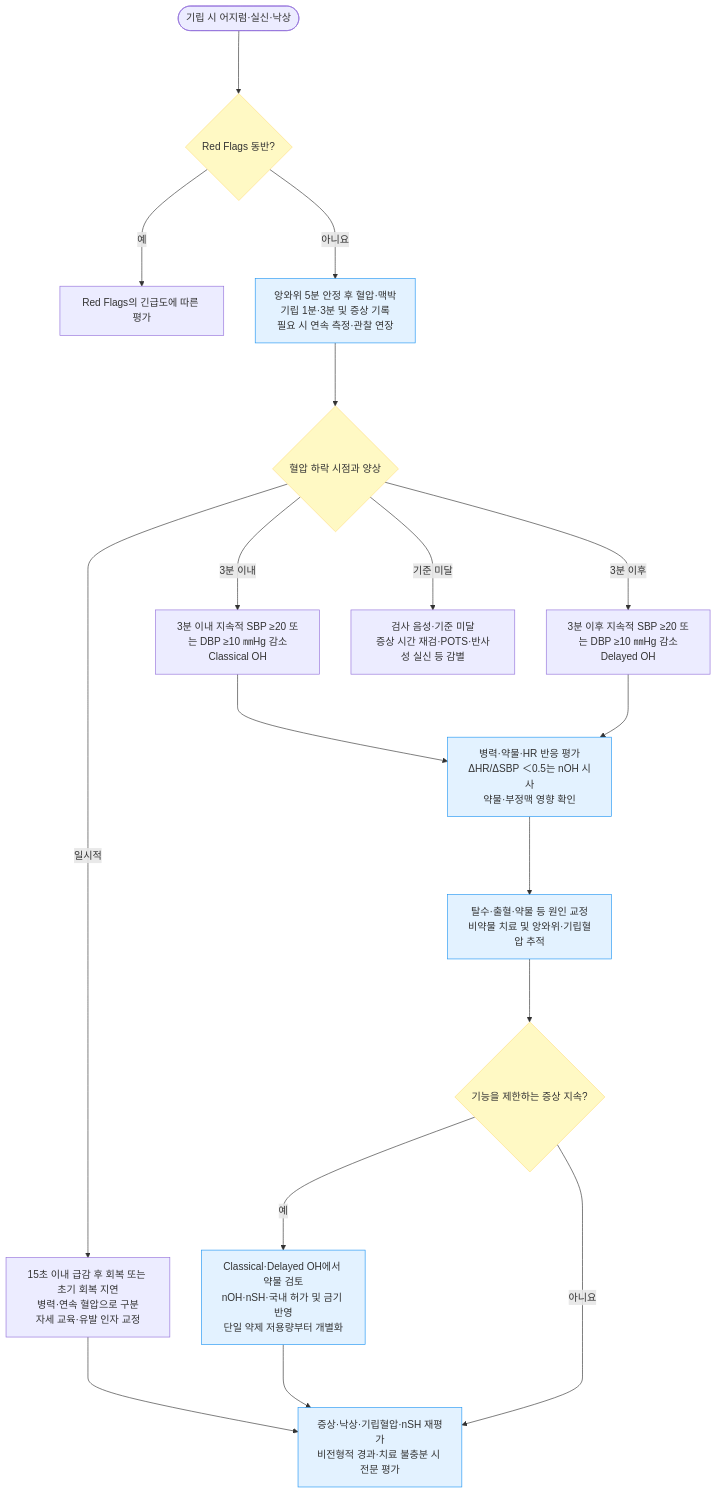
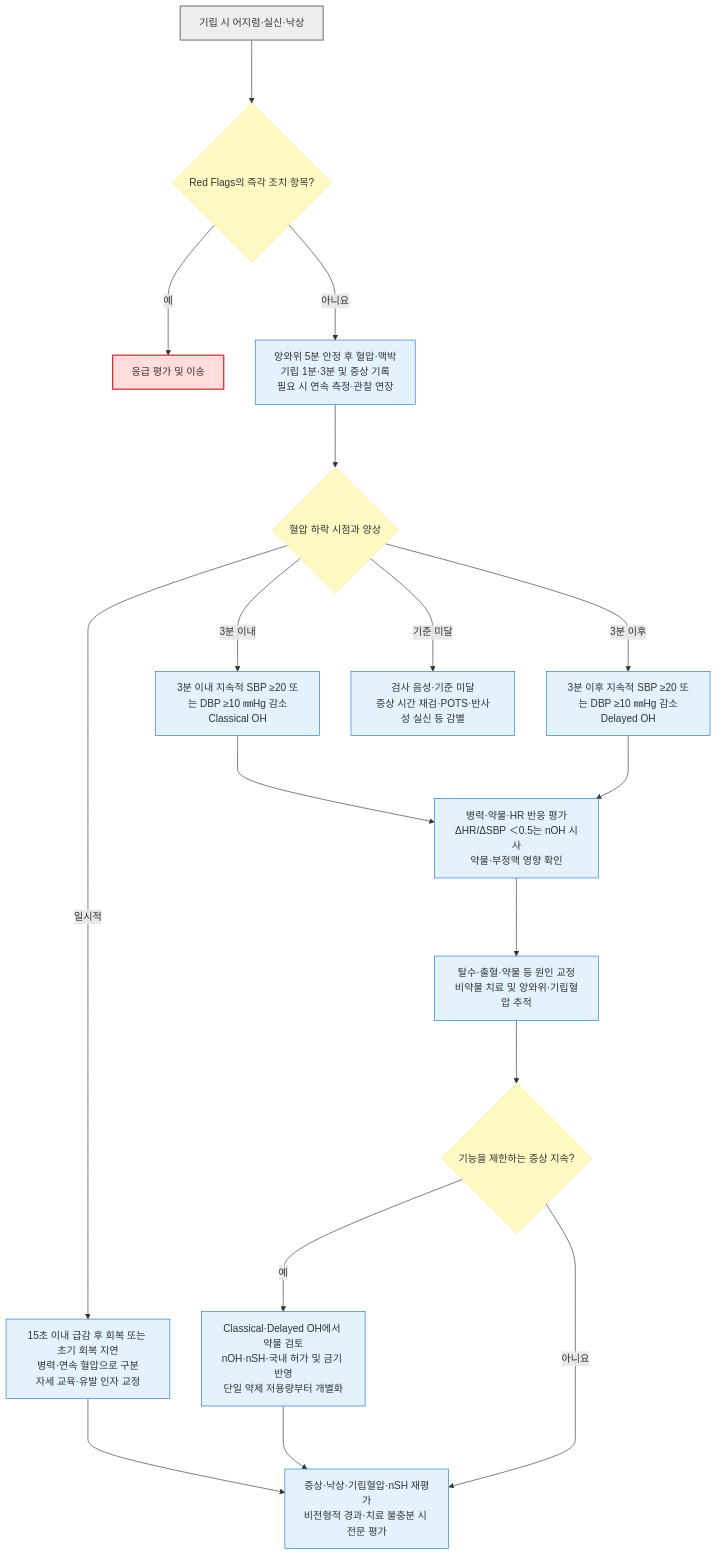
One commit to familyoh77/familyoh77 changed the diagram in 225_/096_-orthostatic-hypotension.md. Above: the diagram before and after it, drawn with Mermaid. The commit also changed other lines of this file and 5 other files, not shown here.

````diff
--- a/225_/096_-orthostatic-hypotension.md
+++ b/225_/096_-orthostatic-hypotension.md
@@ -155,31 +155,47 @@
 ```mermaid
-graph TD
-    Start([기립 시 어지럼·실신·낙상])
-    Risk{"Red Flags 동반?"}
-    Urgent["Red Flags의 긴급도에 따른 평가"]
-    BP["앙와위 5분 안정 후 혈압·맥박<br/>기립 1분·3분 및 증상 기록<br/>필요 시 연속 측정·관찰 연장"]
+flowchart TD
+    Start["기립 시 어지럼·실신·낙상"]
+    Risk{"Red Flags의 즉각 조치 항목?"}
+    Urgent["응급 평가 및 이송"]
+    BP["앙와위 5분 안정 후 혈압·맥박
+기립 1분·3분 및 증상 기록
+필요 시 연속 측정·관찰 연장"]
     Time{"혈압 하락 시점과 양상"}
-    Init["15초 이내 급감 후 회복 또는 초기 회복 지연<br/>병력·연속 혈압으로 구분<br/>자세 교육·유발 인자 교정"]
-    Classic["3분 이내 지속적 SBP ≥20 또는 DBP ≥10 ㎜Hg 감소<br/>Classical OH"]
-    Delay["3분 이후 지속적 SBP ≥20 또는 DBP ≥10 ㎜Hg 감소<br/>Delayed OH"]
-    Other["검사 음성·기준 미달<br/>증상 시간 재검·POTS·반사성 실신 등 감별"]
-    HR["병력·약물·HR 반응 평가<br/>ΔHR/ΔSBP ＜0.5는 nOH 시사<br/>약물·부정맥 영향 확인"]
-    Cause["탈수·출혈·약물 등 원인 교정<br/>비약물 치료 및 앙와위·기립혈압 추적"]
+    Init["15초 이내 급감 후 회복 또는 초기 회복 지연
+병력·연속 혈압으로 구분
+자세 교육·유발 인자 교정"]
+    Classic["3분 이내 지속적 SBP ≥20 또는 DBP ≥10 ㎜Hg 감소
+Classical OH"]
+    Delay["3분 이후 지속적 SBP ≥20 또는 DBP ≥10 ㎜Hg 감소
+Delayed OH"]
+    Other["검사 음성·기준 미달
+증상 시간 재검·POTS·반사성 실신 등 감별"]
+    HR["병력·약물·HR 반응 평가
+ΔHR/ΔSBP ＜0.5는 nOH 시사
+약물·부정맥 영향 확인"]
+    Cause["탈수·출혈·약물 등 원인 교정
+비약물 치료 및 앙와위·기립혈압 추적"]
     Persist{"기능을 제한하는 증상 지속?"}
-    Drug["Classical·Delayed OH에서 약물 검토<br/>nOH·nSH·국내 허가 및 금기 반영<br/>단일 약제 저용량부터 개별화"]
-    Follow["증상·낙상·기립혈압·nSH 재평가<br/>비전형적 경과·치료 불충분 시 전문 평가"]
+    Drug["Classical·Delayed OH에서 약물 검토
+nOH·nSH·국내 허가 및 금기 반영
+단일 약제 저용량부터 개별화"]
+    Follow["증상·낙상·기립혈압·nSH 재평가
+비전형적 경과·치료 불충분 시 전문 평가"]
     Start ---> Risk
     Risk -- "예" ---> Urgent
     Risk -- "아니요" ---> BP ---> Time
     Time -- "일시적" ---> Init ---> Follow
     Time -- "3분 이내" ---> Classic ---> HR
     Time -- "3분 이후" ---> Delay ---> HR
     Time -- "기준 미달" ---> Other
     HR ---> Cause ---> Persist
     Persist -- "예" ---> Drug ---> Follow
     Persist -- "아니요" ---> Follow
-    classDef blue fill:#e3f2ff,stroke:#2196f3
-    classDef yellow fill:#fff9c4,stroke:#ffe082
-    class BP,HR,Cause,Drug,Follow blue
-    class Risk,Time,Persist yellow
+    classDef question fill:#fff9c4,stroke:#ffe082
+    classDef treatment fill:#e3f2fd,stroke:#1976d2
+    classDef emergency fill:#ffdddd,stroke:#d32f2f,stroke-width:2px
+    class Risk,Time,Persist question
+    class BP,Init,Classic,Delay,Other,HR,Cause,Drug,Follow treatment
+    class Urgent emergency
+    style Start fill:#eeeeee,stroke:#888888,stroke-width:2px
 ```
````
